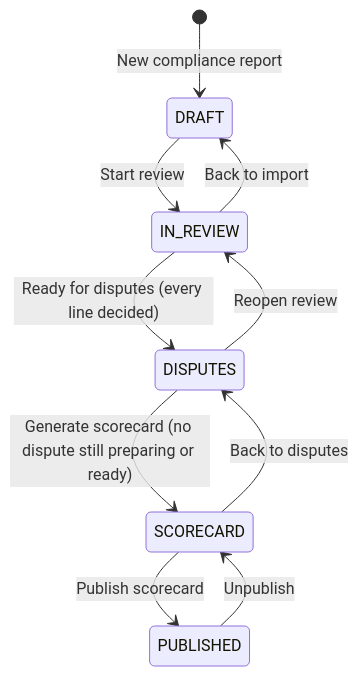
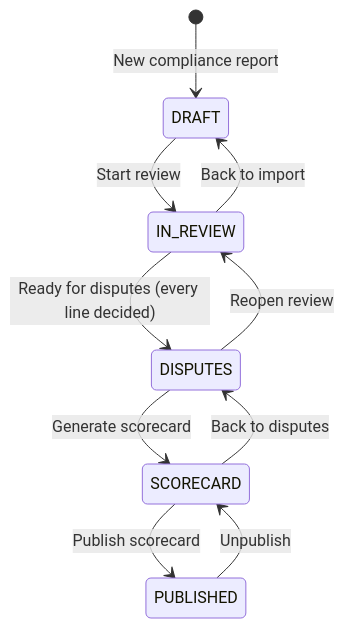
Before and after one commit to jonbrulotte-arch/home-depot-complaince-management-platform: the third of 5 diagrams in docs/technical-design.md, drawn with Mermaid. The commit also changed other lines of this file and 8 other files, not shown here.

First line of the commit message:
Scorecards: generate with disputes still being prepared

````diff
--- a/docs/technical-design.md
+++ b/docs/technical-design.md
@@ -245,12 +245,12 @@
 ```mermaid
 stateDiagram-v2
   [*] --> DRAFT: New compliance report
   DRAFT --> IN_REVIEW: Start review
   IN_REVIEW --> DRAFT: Back to import
   IN_REVIEW --> DISPUTES: Ready for disputes (every line decided)
   DISPUTES --> IN_REVIEW: Reopen review
-  DISPUTES --> SCORECARD: Generate scorecard (no dispute still preparing or ready)
+  DISPUTES --> SCORECARD: Generate scorecard
   SCORECARD --> DISPUTES: Back to disputes
   SCORECARD --> PUBLISHED: Publish scorecard
   PUBLISHED --> SCORECARD: Unpublish
 ```
````
